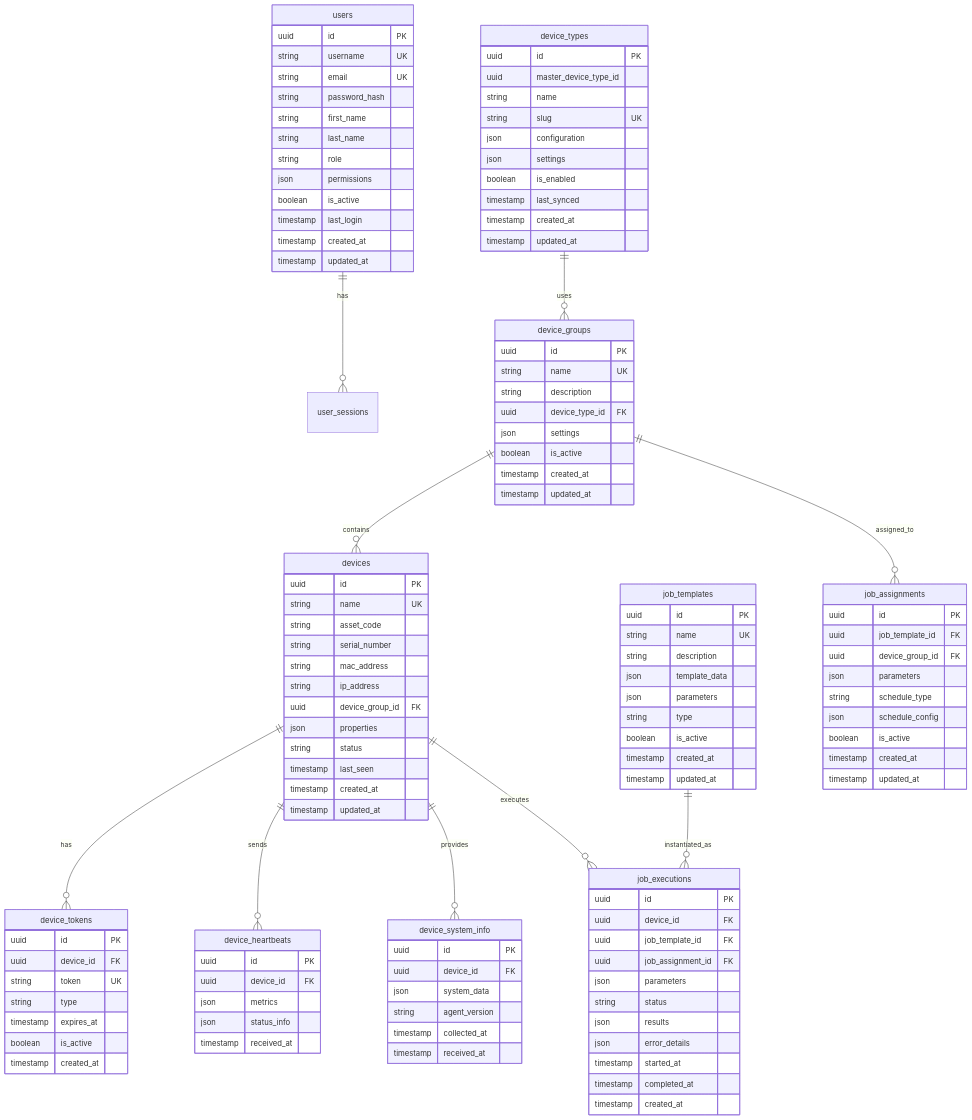
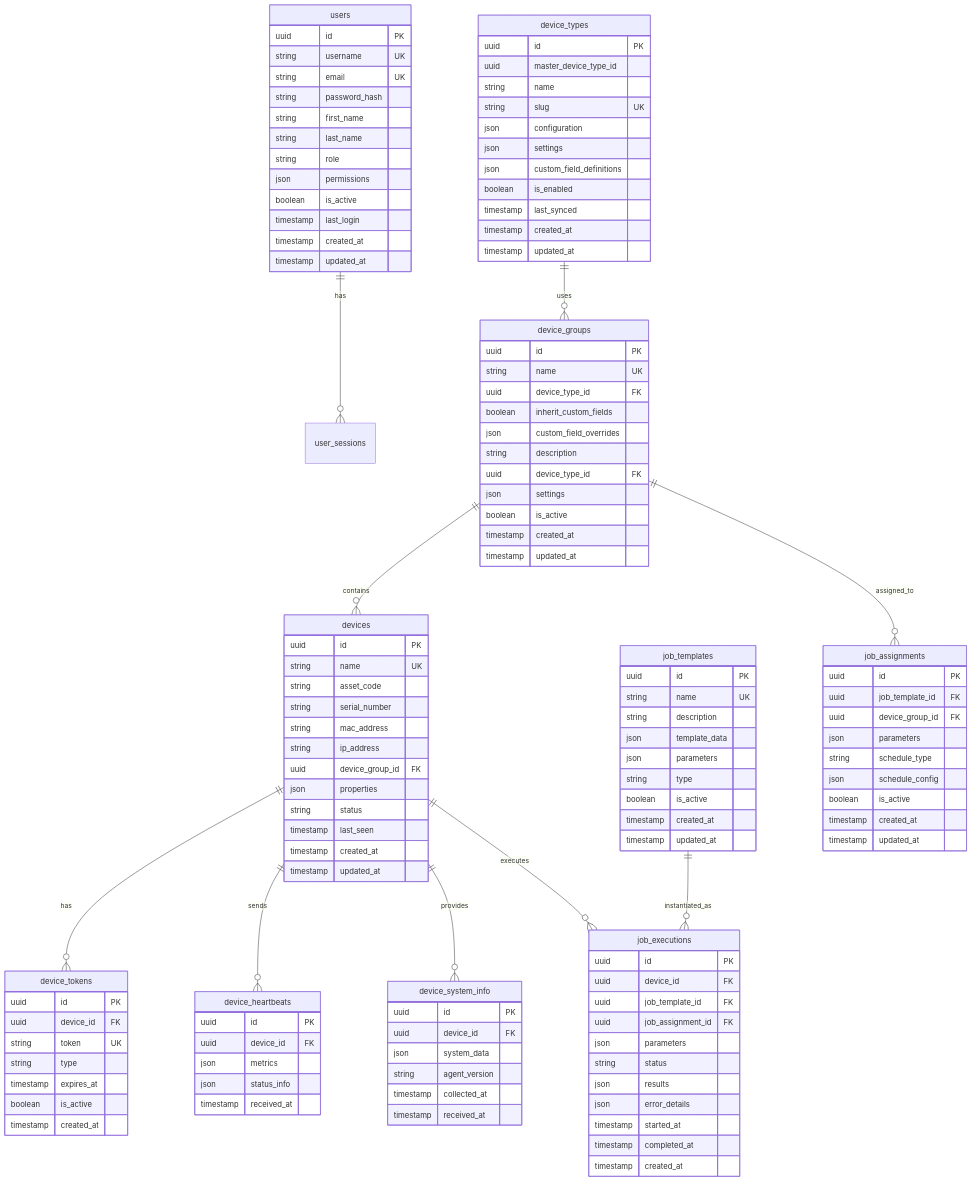
The diagram in LLD/database/organization-schema.md (kustav123/radmin), drawn with Mermaid before and after one commit. The commit also changed other lines of this file and 23 other files, not shown here.

```diff
--- a/LLD/database/organization-schema.md
+++ b/LLD/database/organization-schema.md
@@ -40,6 +40,7 @@
         string slug UK
         json configuration
         json settings
+        json custom_field_definitions
         boolean is_enabled
         timestamp last_synced
         timestamp created_at
@@ -49,6 +50,9 @@
     device_groups {
         uuid id PK
         string name UK
+        uuid device_type_id FK
+        boolean inherit_custom_fields
+        json custom_field_overrides
         string description
         uuid device_type_id FK
         json settings
```
